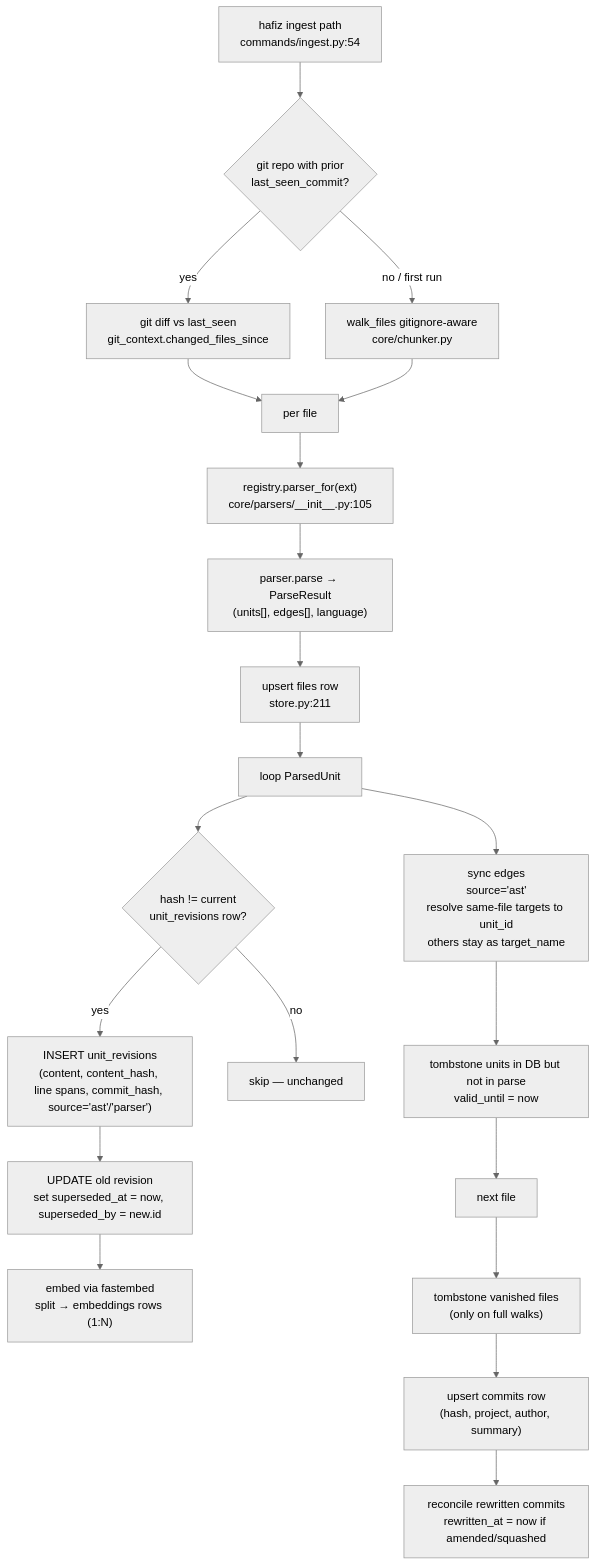
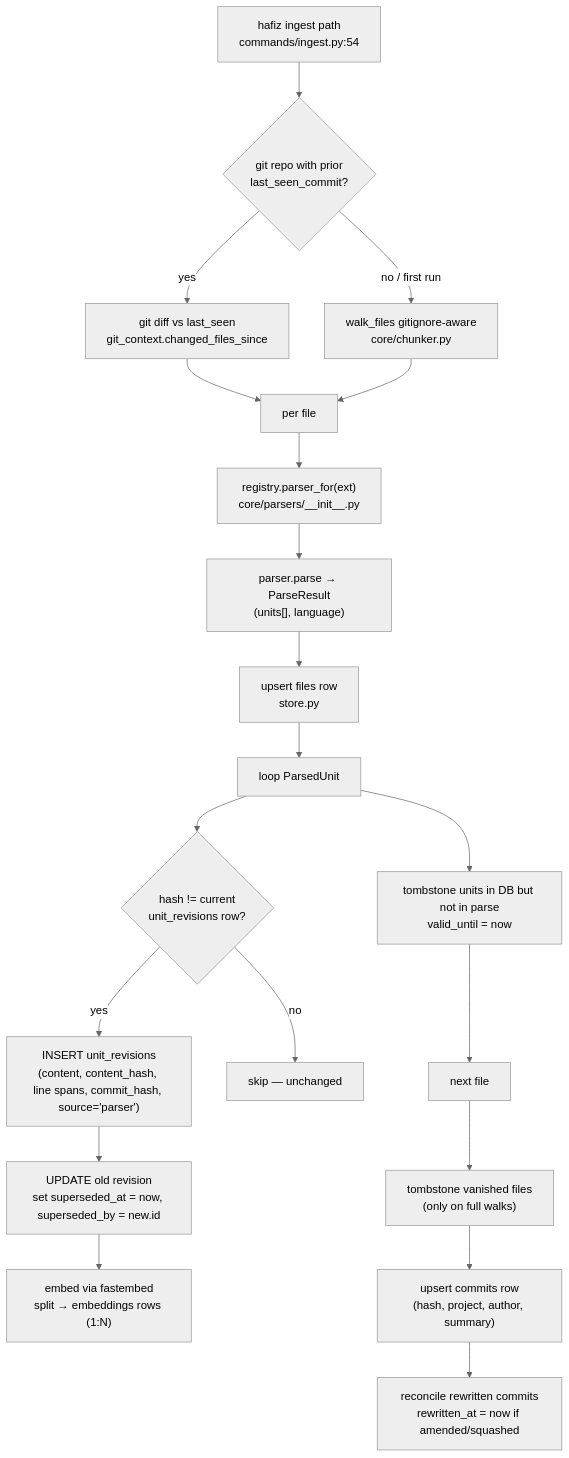
Before and after one commit to irsali/hafiz: the fifth of 7 diagrams in docs/architecture.md, drawn with Mermaid (neutral theme). The commit also changed other lines of this file and 56 other files, not shown here.

````diff
--- a/docs/architecture.md
+++ b/docs/architecture.md
@@ -315,23 +284,22 @@
 ```mermaid
 flowchart TB
     A["hafiz ingest path<br>commands/ingest.py:54"] --> B{"git repo with prior<br>last_seen_commit?"}
     B -->|yes| C["git diff vs last_seen<br>git_context.changed_files_since"]
     B -->|"no / first run"| D["walk_files gitignore-aware<br>core/chunker.py"]
     C --> E["per file"]
     D --> E
-    E --> F["registry.parser_for(ext)<br>core/parsers/__init__.py:105"]
-    F --> G["parser.parse → ParseResult<br>(units[], edges[], language)"]
-    G --> H["upsert files row<br>store.py:211"]
+    E --> F["registry.parser_for(ext)<br>core/parsers/__init__.py"]
+    F --> G["parser.parse → ParseResult<br>(units[], language)"]
+    G --> H["upsert files row<br>store.py"]
     H --> I["loop ParsedUnit"]
     I --> J{"hash != current<br>unit_revisions row?"}
-    J -->|yes| K["INSERT unit_revisions<br>(content, content_hash, line spans, commit_hash, source='ast'/'parser')"]
+    J -->|yes| K["INSERT unit_revisions<br>(content, content_hash, line spans, commit_hash, source='parser')"]
     K --> L["UPDATE old revision<br>set superseded_at = now, superseded_by = new.id"]
     L --> M["embed via fastembed<br>split → embeddings rows (1:N)"]
     J -->|no| N["skip — unchanged"]
-    I --> O["sync edges<br>source='ast'<br>resolve same-file targets to unit_id<br>others stay as target_name"]
-    O --> P["tombstone units in DB but not in parse<br>valid_until = now"]
+    I --> P["tombstone units in DB but not in parse<br>valid_until = now"]
     P --> Q["next file"]
     Q --> R["tombstone vanished files<br>(only on full walks)"]
     R --> S["upsert commits row<br>(hash, project, author, summary)"]
     S --> T["reconcile rewritten commits<br>rewritten_at = now if amended/squashed"]
 ```
````
